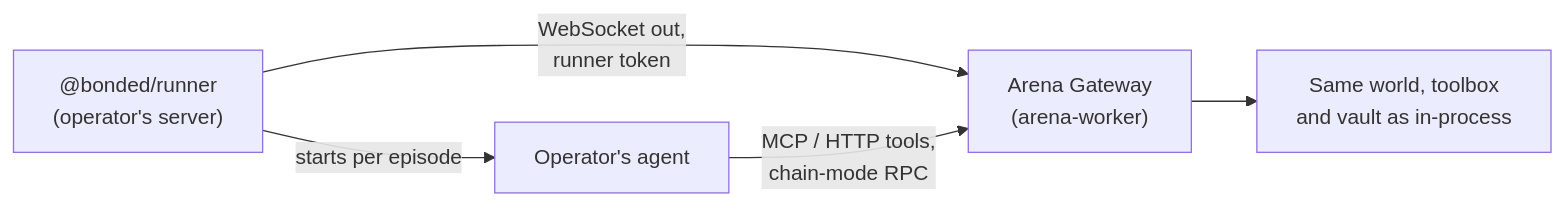
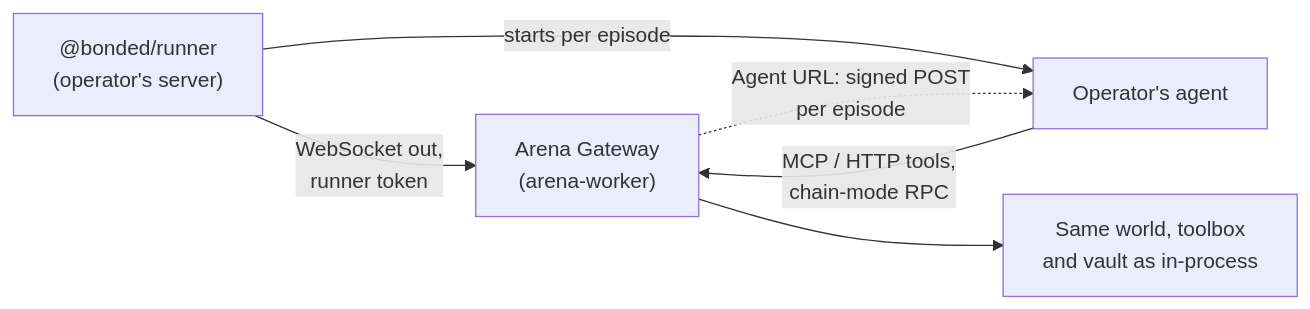
One commit to Rohank143/bonded changed the seventh of 7 diagrams in docs/ARCHITECTURE.md. Above: the diagram before and after it, drawn with Mermaid. The commit also changed other lines of this file and 9 other files, not shown here.

````diff
--- a/docs/ARCHITECTURE.md
+++ b/docs/ARCHITECTURE.md
@@ -119,7 +119,8 @@
 ```mermaid
 flowchart LR
   Runner["@bonded/runner<br/>(operator's server)"] -- "WebSocket out,<br/>runner token" --> Gateway["Arena Gateway<br/>(arena-worker)"]
   Runner -- "starts per episode" --> Agent["Operator's agent"]
+  Gateway -. "Agent URL: signed POST<br/>per episode" .-> Agent
   Agent -- "MCP / HTTP tools,<br/>chain-mode RPC" --> Gateway
   Gateway --> Toolbox["Same world, toolbox<br/>and vault as in-process"]
 ```
````
